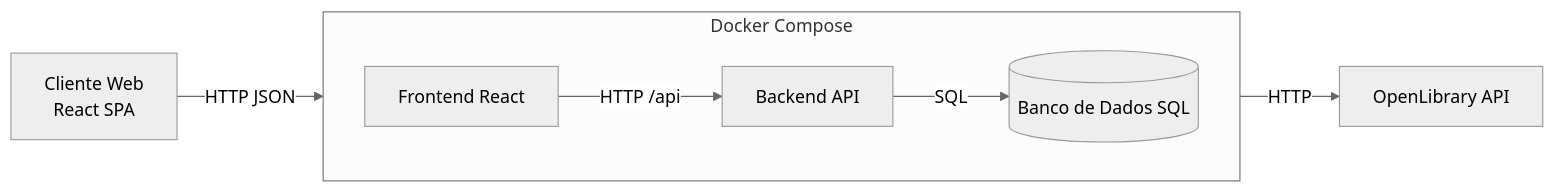
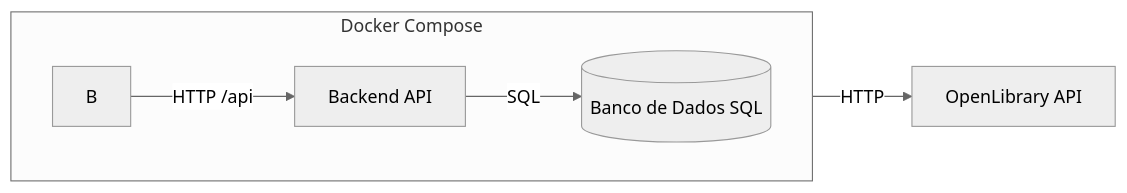
Before and after one commit to RafaelAlves9/MVP_PERSONAL_LIBRARY_MANAGER_API: the diagram in README.md, drawn with Mermaid (neutral theme).

Commit message:
[DOC] Remove redundant client web reference from README architecture diagram

````diff
--- a/README.md
+++ b/README.md
@@ -12,14 +12,13 @@
 ```mermaid
 flowchart LR
-    A[Cliente Web<br/>React SPA] -->|HTTP JSON| B[Frontend React]
     B -->|HTTP /api| C[Backend API]
     C -->|SQL| D[(Banco de Dados SQL)]
     C -->|HTTP| E[OpenLibrary API]
 
     subgraph DockerCompose[Docker Compose]
         direction LR
         B
         C
         D
     end
 ```
````
